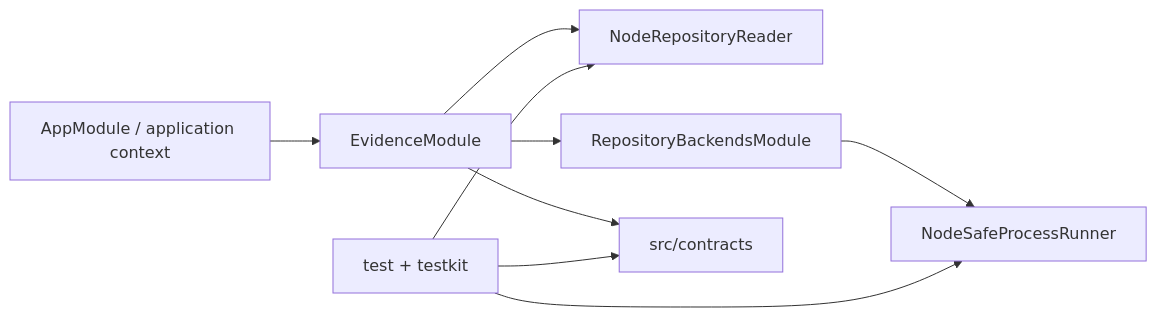
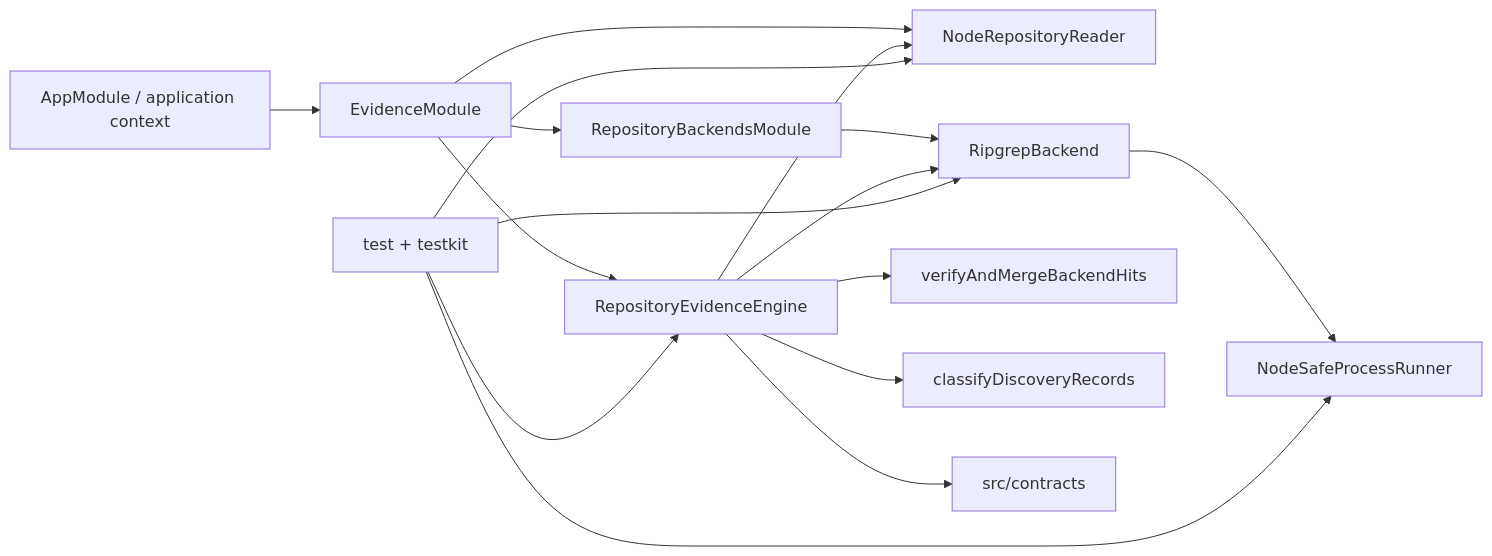
The diagram in .codestable/architecture/system-repo-nav-foundation.md (gchigoo/repo-nav), drawn with Mermaid before and after one commit. The commit also changed other lines of this file and 55 other files, not shown here.

Commit message:
feat: add text source evidence engine

````diff
--- a/.codestable/architecture/system-repo-nav-foundation.md
+++ b/.codestable/architecture/system-repo-nav-foundation.md
@@ -29,11 +31,18 @@
 ```mermaid
 flowchart LR
   App["AppModule / application context"] --> Evidence["EvidenceModule"]
+  Evidence --> Engine["RepositoryEvidenceEngine"]
   Evidence --> Reader["NodeRepositoryReader"]
   Evidence --> Backends["RepositoryBackendsModule"]
-  Backends --> Process["NodeSafeProcessRunner"]
-  Evidence --> Contracts["src/contracts"]
-  Tests["test + testkit"] --> Reader
+  Backends --> Ripgrep["RipgrepBackend"]
+  Ripgrep --> Process["NodeSafeProcessRunner"]
+  Engine --> Ripgrep
+  Engine --> Reader
+  Engine --> Merge["verifyAndMergeBackendHits"]
+  Engine --> Classifier["classifyDiscoveryRecords"]
+  Engine --> Contracts["src/contracts"]
+  Tests["test + testkit"] --> Engine
+  Tests --> Ripgrep
+  Tests --> Reader
   Tests --> Process
-  Tests --> Contracts
 ```
````
